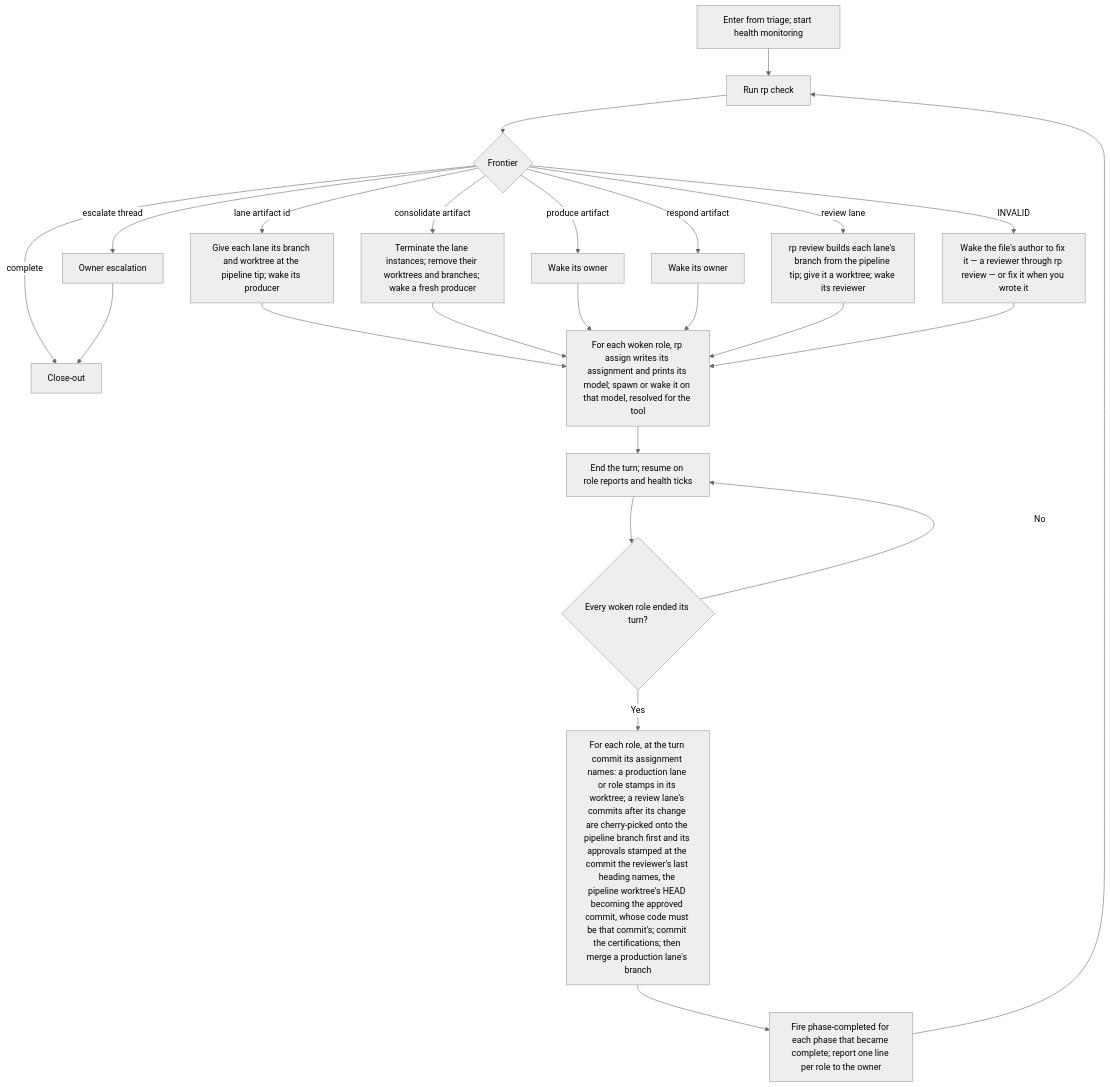
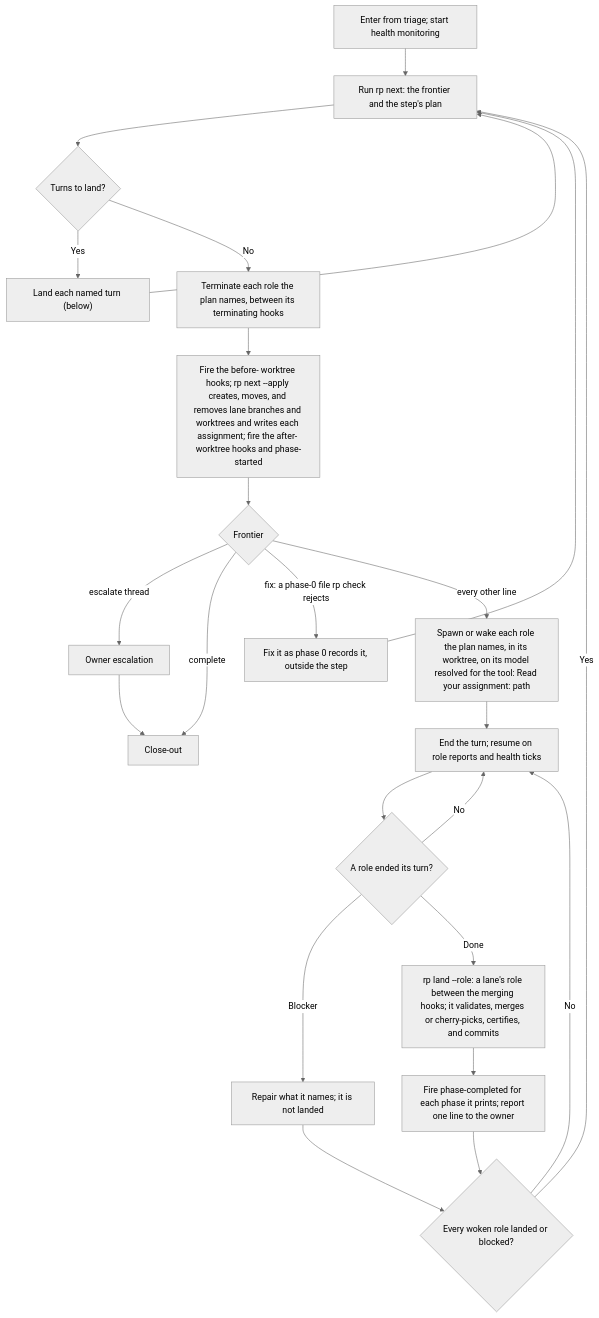
The diagram in docs/flowcharts/loop.md (Automattic/radical-pipelines), drawn with Mermaid (neutral theme) before and after one commit. The commit also changed other lines of this file and 4 other files, not shown here.

Commit message:
Describe the loop step through rp next and rp land in the docs, and add a changeset (implementer)

````diff
--- a/docs/flowcharts/loop.md
+++ b/docs/flowcharts/loop.md
@@ -5,26 +5,26 @@
 ```mermaid
 flowchart TD
-    START["Enter from triage; start health monitoring"] --> A["Run rp check"]
-    A --> C{"Frontier"}
-    C -->|INVALID| AUTHOR["Wake the file's author to fix it — a reviewer through rp review — or fix it when you wrote it"]
+    START["Enter from triage; start health monitoring"] --> PLAN["Run rp next: the frontier and the step's plan"]
+    PLAN --> TOLAND{"Turns to land?"}
+    TOLAND -->|Yes| LANDFIRST["Land each named turn (below)"]
+    LANDFIRST --> PLAN
+    TOLAND -->|No| TERM["Terminate each role the plan names, between its terminating hooks"]
+    TERM --> APPLY["Fire the before- worktree hooks; rp next --apply creates, moves, and removes lane branches and worktrees and writes each assignment; fire the after- worktree hooks and phase-started"]
+    APPLY --> C{"Frontier"}
     C -->|escalate thread| OE["Owner escalation"]
-    C -->|lane artifact id| LANE["Give each lane its branch and worktree at the pipeline tip; wake its producer"]
-    C -->|consolidate artifact| CON["Terminate the lane instances; remove their worktrees and branches; wake a fresh producer"]
-    C -->|produce artifact| PRODUCE["Wake its owner"]
-    C -->|respond artifact| RESPOND["Wake its owner"]
-    C -->|review lane| REVIEW["rp review builds each lane's branch from the pipeline tip; give it a worktree; wake its reviewer"]
     C -->|complete| CLOSE["Close-out"]
     OE --> CLOSE
-    LANE --> ASSIGN
-    CON --> ASSIGN
-    PRODUCE --> ASSIGN
-    RESPOND --> ASSIGN
-    REVIEW --> ASSIGN
-    AUTHOR --> ASSIGN
-    ASSIGN["For each woken role, rp assign writes its assignment and prints its model; spawn or wake it on that model, resolved for the tool"] --> WAIT
-    WAIT["End the turn; resume on role reports and health ticks"] --> ENDED{"Every woken role ended its turn?"}
+    C -->|"fix: a phase-0 file rp check rejects"| FIX["Fix it as phase 0 records it, outside the step"]
+    FIX --> PLAN
+    C -->|every other line| WAKE["Spawn or wake each role the plan names, in its worktree, on its model resolved for the tool: Read your assignment: path"]
+    WAKE --> WAIT["End the turn; resume on role reports and health ticks"]
+    WAIT --> ENDED{"A role ended its turn?"}
     ENDED -->|No| WAIT
-    ENDED -->|Yes| LAND["For each role, at the turn commit its assignment names: a production lane or role stamps in its worktree; a review lane's commits after its change are cherry-picked onto the pipeline branch first and its approvals stamped at the commit the reviewer's last heading names, the pipeline worktree's HEAD becoming the approved commit, whose code must be that commit's; commit the certifications; then merge a production lane's branch"]
-    LAND --> PC["Fire phase-completed for each phase that became complete; report one line per role to the owner"]
-    PC --> A
+    ENDED -->|"Blocker"| REPAIR["Repair what it names; it is not landed"]
+    ENDED -->|Done| LAND["rp land --role: a lane's role between the merging hooks; it validates, merges or cherry-picks, certifies, and commits"]
+    LAND --> PC["Fire phase-completed for each phase it prints; report one line to the owner"]
+    PC --> ALL{"Every woken role landed or blocked?"}
+    REPAIR --> ALL
+    ALL -->|No| WAIT
+    ALL -->|Yes| PLAN
 ```
````
